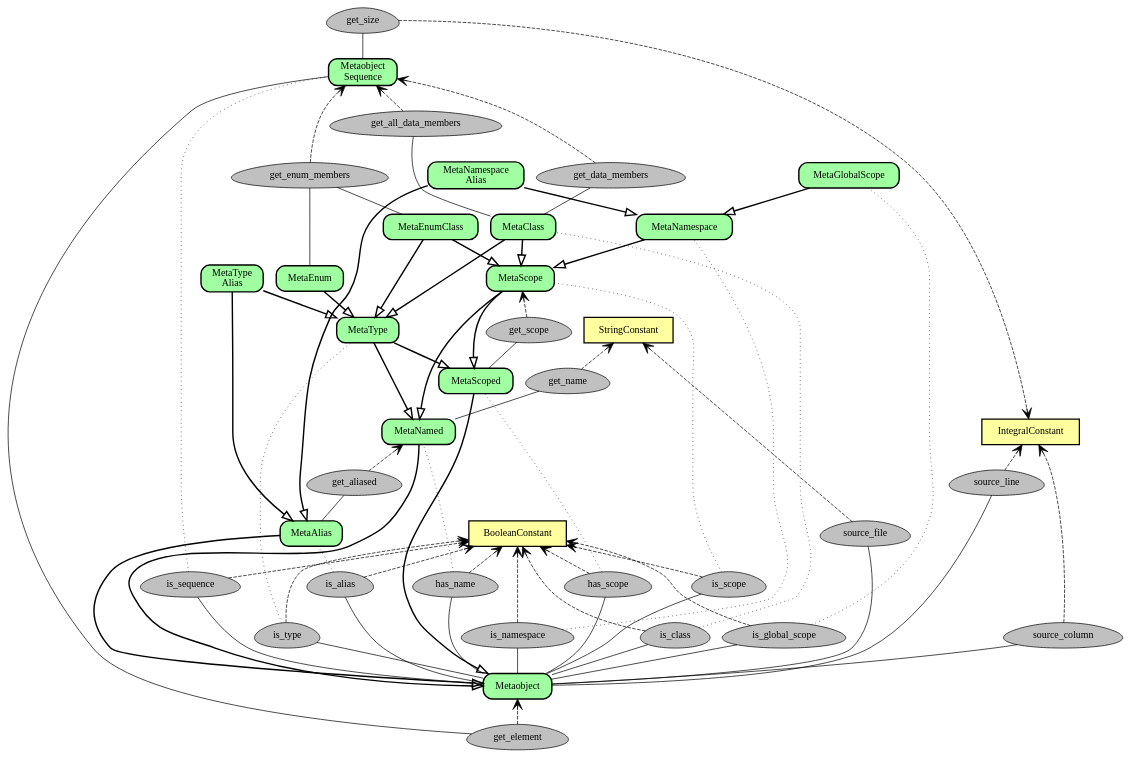
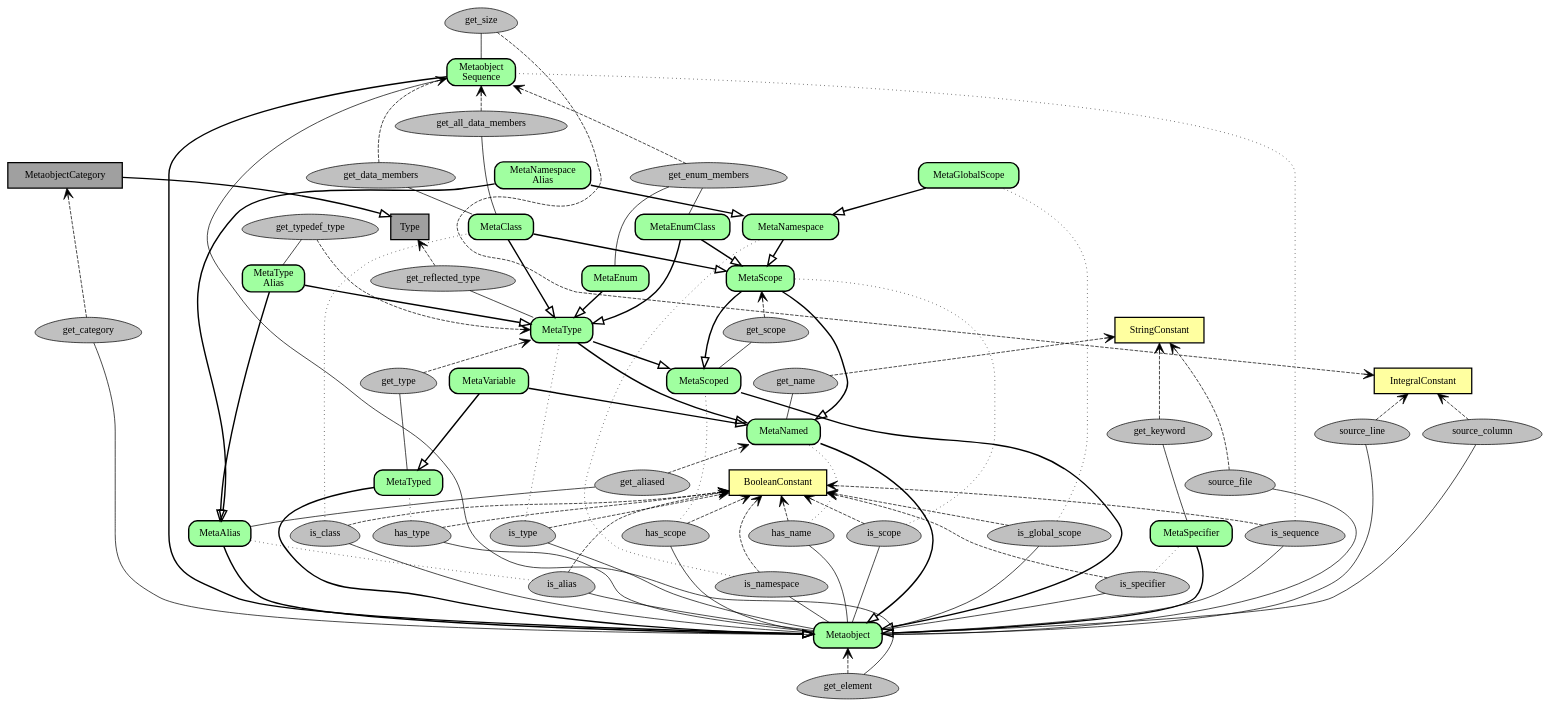
One commit to matus-chochlik/std_cpp_refl changed the diagram in doc/graphviz/reference.dot. Above: the diagram before and after it, drawn with Graphviz. The commit also changed 14 other files, not shown here.

Commit message:
Updated quickbook reference + graphviz diagram

```diff
--- a/doc/graphviz/reference.dot
+++ b/doc/graphviz/reference.dot
@@ -1,163 +1,200 @@
 digraph metaobjects {
 	overlap=false
 	rankdir=BT
 	ranksep=0.5
-	maxiter=100000
+	maxiter=1000000
 
 	subgraph {
 		node [penwidth=1.8,style="filled",shape="box",fillcolor="#ffffa0"]
 		StringConstant
 		IntegralConstant
 		BooleanConstant
 	}
 
+	node [penwidth=1.8,style="filled",shape="box",fillcolor="#a0a0a0"]
+	Type
+	MetaobjectCategory
+
 	node [penwidth=2,style="rounded,filled",shape="box",fillcolor="#a0ffa0"]
 	Metaobject 
+	MetaSpecifier
 	MetaNamed
 	MetaScoped
 	MetaScope
 	MetaAlias
 	MetaNamespace
 	MetaNamespaceAlias [label="MetaNamespace\nAlias"]
 	MetaGlobalScope
 	MetaType
 	MetaTypeAlias [label="MetaType\nAlias"]
+	MetaTyped
+	MetaVariable
 	MetaClass
 	MetaEnum
 	MetaEnumClass
 
 	MetaobjectSequence [label="Metaobject\nSequence"]
 
 	node [penwidth=1,style="filled",shape="egg",fillcolor="#c0c0c0"]
 
+	get_category
 	is_sequence
+	is_specifier
 
 	subgraph {
-		rank=same
 		is_namespace
 		is_global_scope
 		is_type
 		is_class
 	}
 	subgraph {
-		rank=same
 		has_name
 		has_scope
 		is_scope
 		is_alias
 	}
 	subgraph {
 		source_file
 		source_line
 		source_column
 		source_file -> source_line [style="invisible",dir="none"]
 	}
 
-	is_namespace -> has_name [style="invisible",dir="none"]
-	has_name -> source_file [style="invisible",dir="none"]
-
 	get_name
+	get_keyword
 	get_scope
 	get_aliased
 	get_data_members
 	get_all_data_members
 	get_enum_members
+	get_reflected_type
+	get_type
+	get_typedef_type
 	get_size
 	get_element
 
+	is_namespace -> has_name [style="invisible",dir="none"]
+	has_name -> source_file [style="invisible",dir="none"]
+
 	edge [penwidth=2,dir="both",arrowsize=1.5,arrowtail="onormal",arrowhead="none"]
 
+	Type -> MetaobjectCategory
+
+	Metaobject -> MetaobjectSequence
+
+	Metaobject -> MetaSpecifier
 	Metaobject -> MetaNamed
 	Metaobject -> MetaScoped
+	Metaobject -> MetaTyped
 	Metaobject -> MetaAlias
 
 	MetaNamed -> MetaScope
 	MetaScoped -> MetaScope
+
+	MetaNamed -> MetaVariable
+	MetaTyped -> MetaVariable
 
 	MetaScope -> MetaNamespace
 	MetaNamespace -> MetaNamespaceAlias
 	MetaAlias -> MetaNamespaceAlias
 	MetaNamespace -> MetaGlobalScope
 
 	MetaNamed -> MetaType
 	MetaScoped -> MetaType
 	MetaType -> MetaTypeAlias
 	MetaAlias -> MetaTypeAlias
 
 	MetaType -> MetaScope [style="invisible",dir="none"]
 	MetaNamed -> MetaScoped [style="invisible",dir="none"]
 
 	MetaType -> MetaClass
 	MetaScope -> MetaClass
 
 	MetaType -> MetaEnum
 
 	MetaType -> MetaEnumClass
 	MetaScope -> MetaEnumClass
 
 	edge [penwidth=1,arrowhead="none",arrowtail="none",style="solid"]
+	Metaobject -> get_category
 	Metaobject -> is_sequence
+	Metaobject -> is_specifier
 	Metaobject -> is_namespace
 	Metaobject -> is_global_scope
 	Metaobject -> is_type
 	Metaobject -> is_class
 	Metaobject -> has_name
 	Metaobject -> has_scope
+	Metaobject -> has_type
 	Metaobject -> is_scope
 	Metaobject -> is_alias
 
 	Metaobject -> source_file
 	Metaobject -> source_line
 	Metaobject -> source_column
 
 	MetaobjectSequence -> get_element [constraint=false]
 	MetaobjectSequence -> get_size
+	MetaSpecifier -> get_keyword
 	MetaNamed -> get_name
 	MetaScoped -> get_scope
+	MetaTyped -> get_type
+	MetaType -> get_reflected_type
 	MetaAlias -> get_aliased
+	MetaTypeAlias -> get_typedef_type
 
 	MetaClass -> get_data_members
 	MetaClass -> get_all_data_members
 	get_data_members -> get_all_data_members [style="invisible",dir="none"]
 
 	MetaEnum -> get_enum_members
 	MetaEnumClass -> get_enum_members
 
 	get_name -> get_scope [style="invisible",dir="none"]
 
 	edge [penwidth=1,arrowhead="vee",style="dashed"]
+
+	get_category -> MetaobjectCategory
 	is_sequence -> BooleanConstant
+	is_specifier -> BooleanConstant
 	is_namespace -> BooleanConstant
 	is_global_scope -> BooleanConstant
 	is_type -> BooleanConstant
 	is_class -> BooleanConstant
 	has_name -> BooleanConstant
 	has_scope -> BooleanConstant
+	has_type -> BooleanConstant
 	is_scope -> BooleanConstant
 	is_alias -> BooleanConstant
 
 	source_file -> StringConstant
 	source_line -> IntegralConstant
 	source_column -> IntegralConstant
 
 	get_element -> Metaobject
 	get_size -> IntegralConstant [constraint=false]
+	get_keyword -> StringConstant
 	get_name -> StringConstant
 	get_scope -> MetaScope
+	get_reflected_type -> Type
+	get_type -> MetaType
+	get_typedef_type -> MetaType
 	get_data_members -> MetaobjectSequence
 	get_all_data_members -> MetaobjectSequence
 	get_enum_members -> MetaobjectSequence
 	get_aliased -> MetaNamed
 
 	edge [penwidth=1,arrowhead="none",style="dotted"]
 	is_sequence -> MetaobjectSequence
+	is_specifier -> MetaSpecifier
 	is_namespace -> MetaNamespace
 	is_global_scope -> MetaGlobalScope
 	is_type -> MetaType
 	is_class -> MetaClass
 	has_name -> MetaNamed
 	has_scope -> MetaScoped
+	has_type -> MetaTyped
 	is_scope -> MetaScope
 	is_alias -> MetaAlias
 
 }
```
